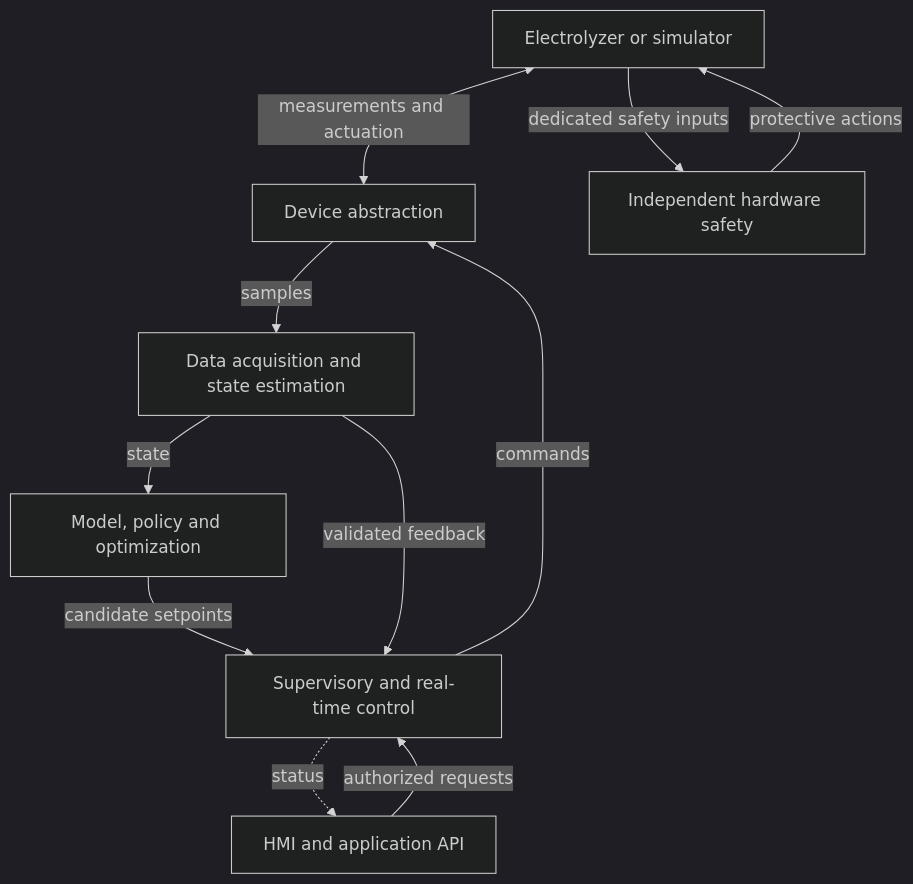
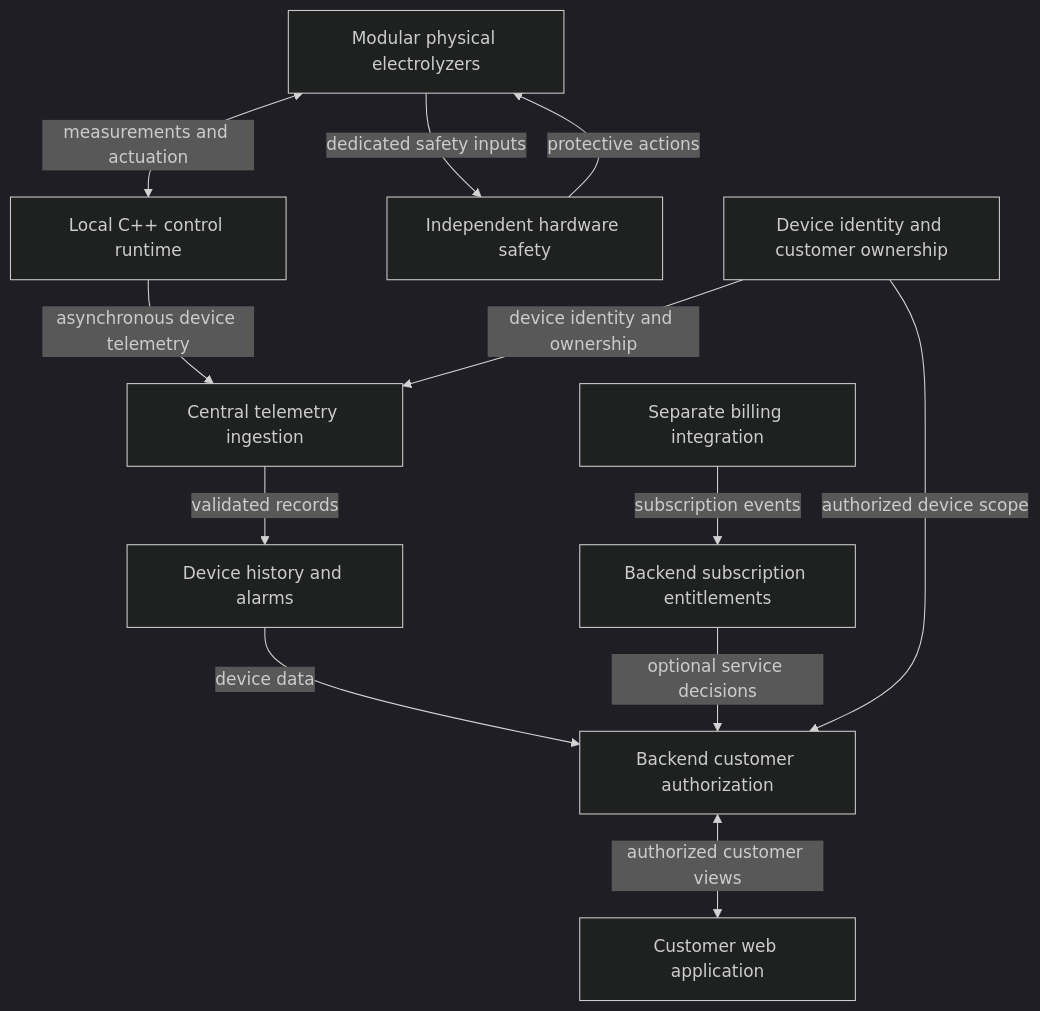
One commit to Maximus42-byte/Faradix-Software-Design changed the diagram in README.md. Above: the diagram before and after it, drawn with Mermaid (dark theme). The commit also changed other lines of this file and 1 other file, not shown here.

Commit message:
docs: clarify product and subscription architecture

````diff
--- a/README.md
+++ b/README.md
@@ -17,21 +21,25 @@
 ```mermaid
 flowchart TD
-    plant["Electrolyzer or simulator"]
-    devices["Device abstraction"]
-    data["Data acquisition and state estimation"]
-    decision["Model, policy and optimization"]
-    control["Supervisory and real-time control"]
-    hmi["HMI and application API"]
+    plant["Modular physical electrolyzers"]
     safety["Independent hardware safety"]
+    local["Local C++ control runtime"]
+    ingest["Central telemetry ingestion"]
+    registry["Device identity and customer ownership"]
+    history["Device history and alarms"]
+    entitlements["Backend subscription entitlements"]
+    access["Backend customer authorization"]
+    web["Customer web application"]
+    billing["Separate billing integration"]
 
-    plant <-->|"measurements and actuation"| devices
-    devices -->|"samples"| data
-    data -->|"state"| decision
-    decision -->|"candidate setpoints"| control
-    data -->|"validated feedback"| control
-    control -->|"commands"| devices
-    hmi -->|"authorized requests"| control
-    control -.->|"status"| hmi
-    plant -->|"dedicated safety inputs"| safety
-    safety -->|"protective actions"| plant
+    plant <-->|measurements and actuation| local
+    plant -->|dedicated safety inputs| safety
+    safety -->|protective actions| plant
+    local -->|asynchronous device telemetry| ingest
+    registry -->|device identity and ownership| ingest
+    ingest -->|validated records| history
+    registry -->|authorized device scope| access
+    history -->|device data| access
+    billing -->|subscription events| entitlements
+    entitlements -->|optional service decisions| access
+    access <-->|authorized customer views| web
 ```
````
